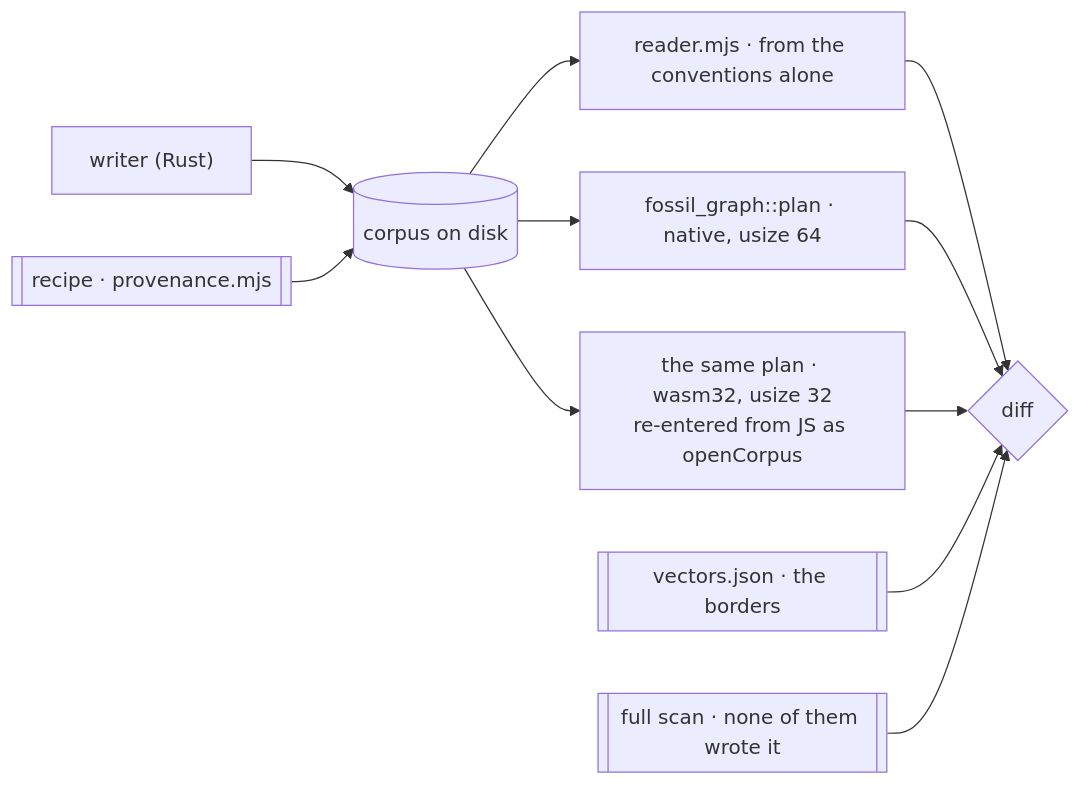
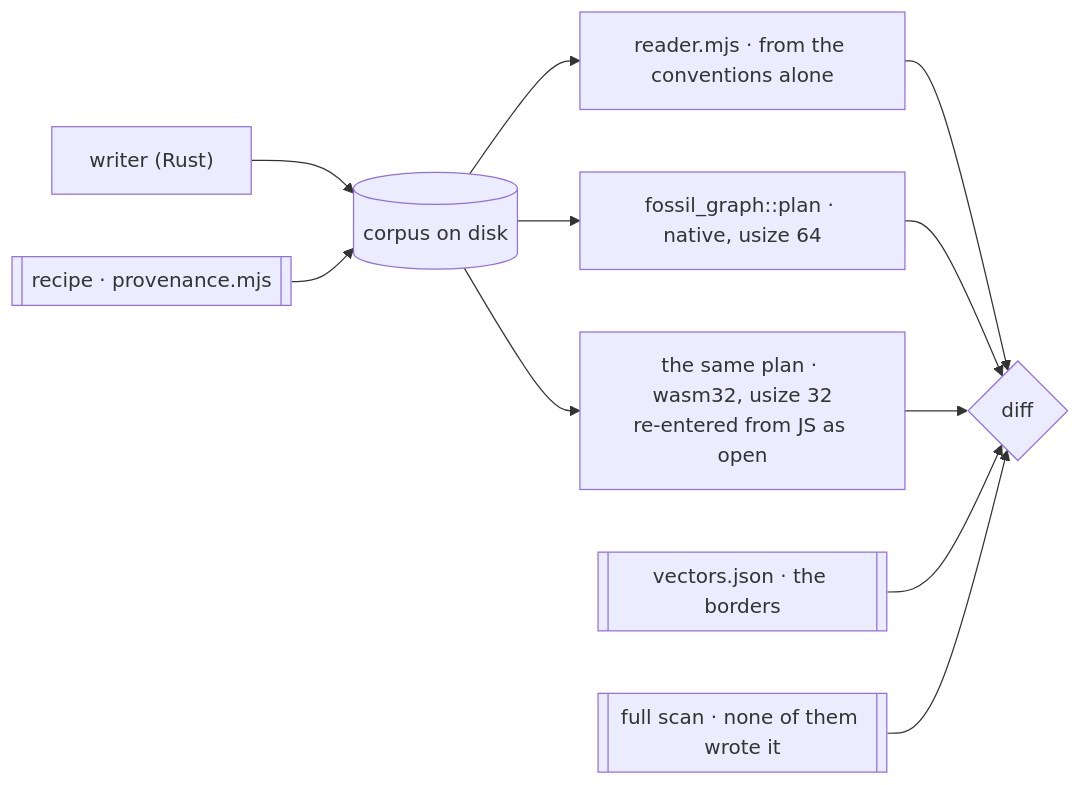
Before and after one commit to Kanzo-Tech/fossil-lang: the second of 2 diagrams in apps/docs/content/docs/design/corpus.mdx, drawn with Mermaid. The commit also changed other lines of this file and 51 other files, not shown here.

````diff
--- a/apps/docs/content/docs/design/corpus.mdx
+++ b/apps/docs/content/docs/design/corpus.mdx
@@ -678,13 +678,13 @@
 ```mermaid
 graph LR
   W["writer (Rust)"] --> C[("corpus on disk")]
   R[["recipe · provenance.mjs"]] --> C
   C --> JS["reader.mjs · from the conventions alone"]
   C --> RS["fossil_graph::plan · native, usize 64"]
-  C --> WS["the same plan · wasm32, usize 32<br/>re-entered from JS as openCorpus"]
+  C --> WS["the same plan · wasm32, usize 32<br/>re-entered from JS as open"]
   JS --> D{"diff"}
   RS --> D
   WS --> D
   V[["vectors.json · the borders"]] --> D
   S[["full scan · none of them wrote it"]] --> D
 ```
````
